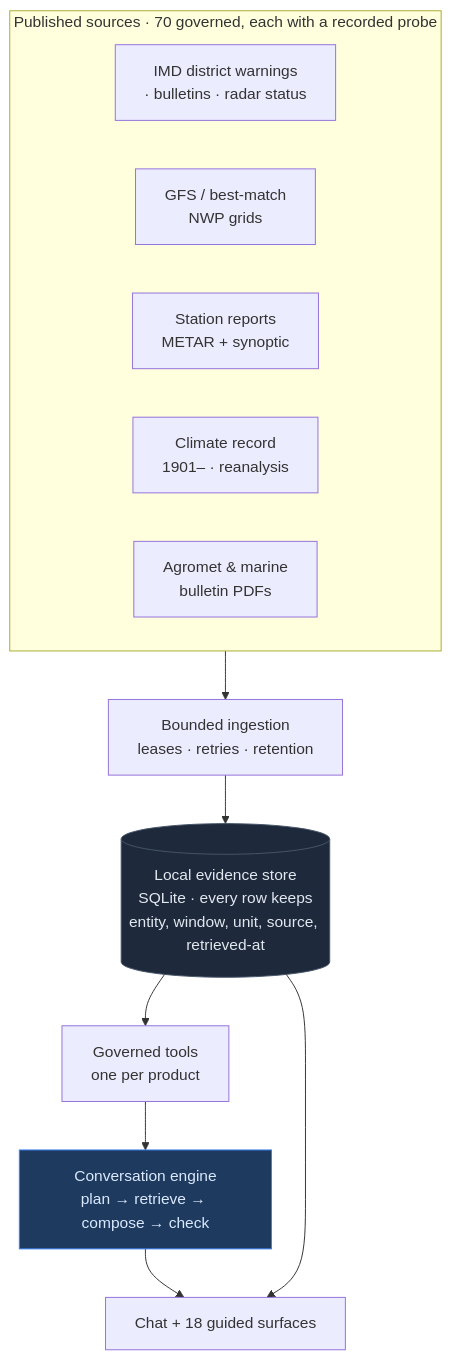
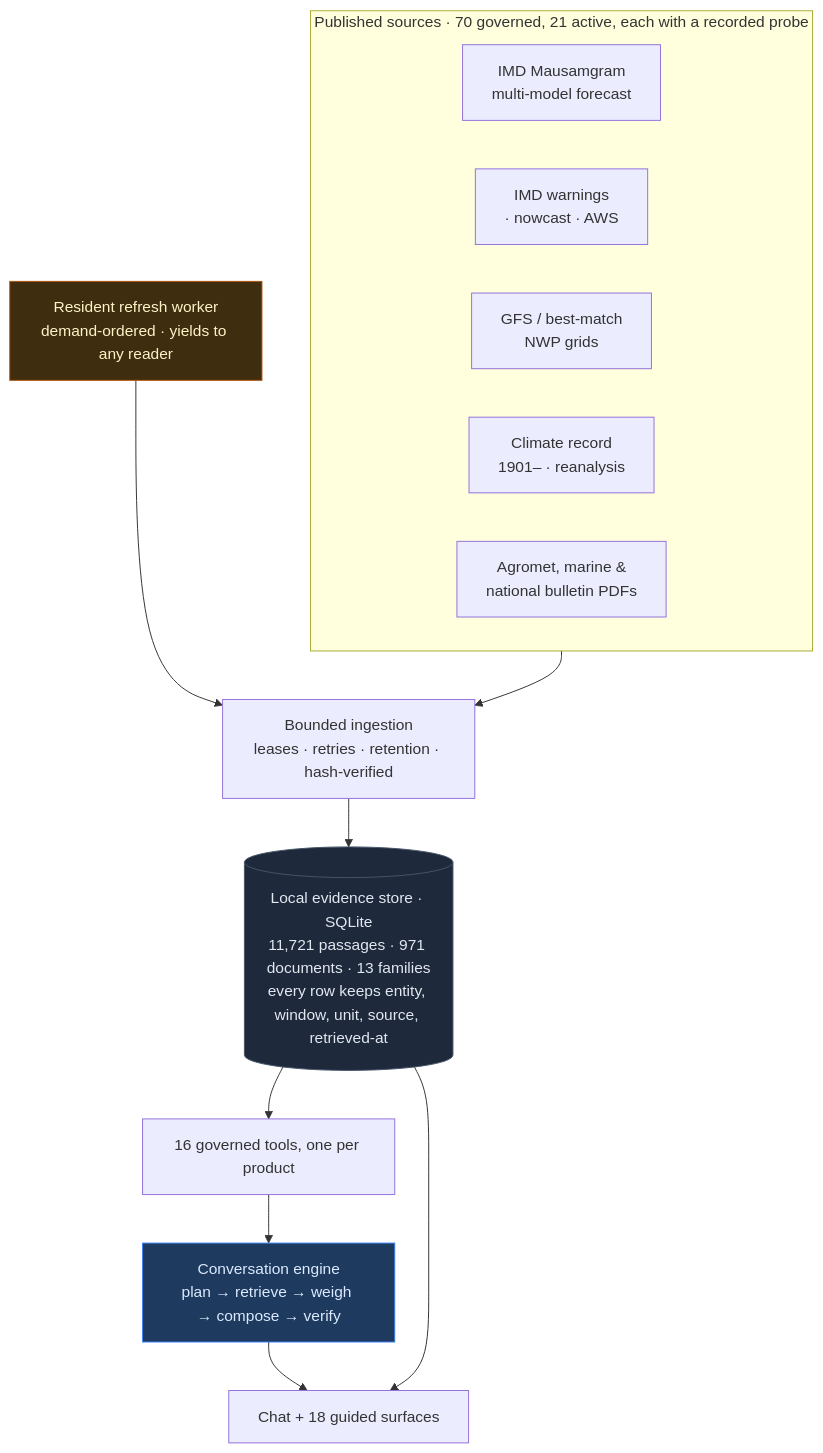
The second of 2 diagrams in README.md (Abhichandani-Yash-Manish/WeatherGPT_), drawn with Mermaid before and after one commit. The commit also changed other lines of this file and 1 other file, not shown here.

````diff
--- a/README.md
+++ b/README.md
@@ -169,19 +302,21 @@
 ```mermaid
 flowchart TB
-    subgraph PUB["Published sources · 70 governed, each with a recorded probe"]
+    subgraph PUB["Published sources · 70 governed, 21 active, each with a recorded probe"]
         direction LR
-        IMD["IMD district warnings<br/>· bulletins · radar status"]
+        IMDF["IMD Mausamgram<br/>multi-model forecast"]
+        IMDW["IMD warnings<br/>· nowcast · AWS"]
         GFS["GFS / best-match<br/>NWP grids"]
-        STN["Station reports<br/>METAR + synoptic"]
         CLI["Climate record<br/>1901– · reanalysis"]
-        DOC["Agromet & marine<br/>bulletin PDFs"]
+        DOC["Agromet, marine &<br/>national bulletin PDFs"]
     end
-    PUB --> ING["Bounded ingestion<br/>leases · retries · retention"]
-    ING --> STORE[("Local evidence store<br/>SQLite · every row keeps<br/>entity, window, unit, source, retrieved-at")]
-    STORE --> TOOLS["Governed tools<br/>one per product"]
-    TOOLS --> ENG["Conversation engine<br/>plan → retrieve → compose → check"]
+    PUB --> ING["Bounded ingestion<br/>leases · retries · retention · hash-verified"]
+    ING --> STORE[("Local evidence store · SQLite<br/>11,721 passages · 971 documents · 13 families<br/>every row keeps entity, window, unit, source, retrieved-at")]
+    STORE --> TOOLS["16 governed tools, one per product"]
+    TOOLS --> ENG["Conversation engine<br/>plan → retrieve → weigh → compose → verify"]
     ENG --> UI["Chat + 18 guided surfaces"]
     STORE --> UI
+    WORK["Resident refresh worker<br/>demand-ordered · yields to any reader"] --> ING
     style STORE fill:#1e293b,stroke:#475569,color:#e2e8f0
     style ENG fill:#1e3a5f,stroke:#3b82f6,color:#dbeafe
+    style WORK fill:#3f2d0f,stroke:#b45309,color:#fef3c7
 ```
````
